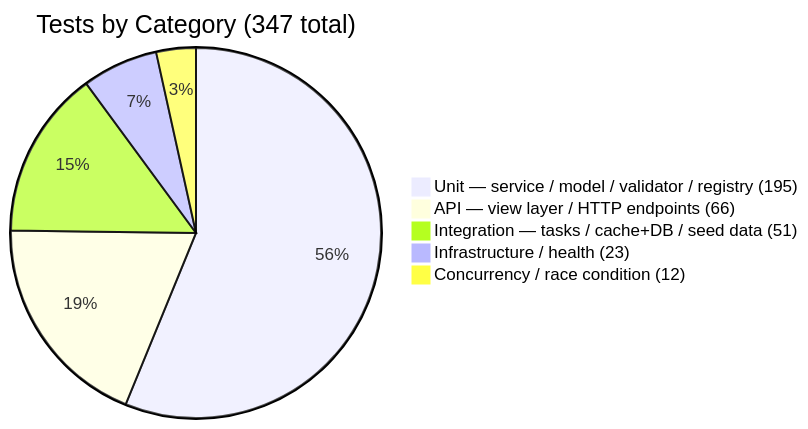
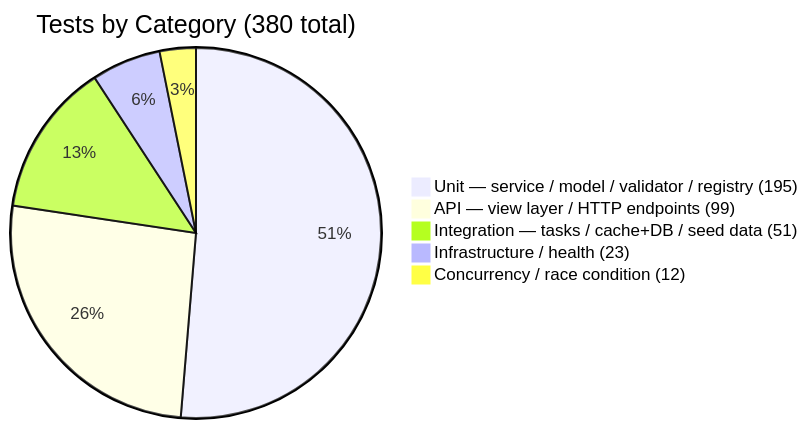
One commit to gadaou/zed-task changed the second of 3 diagrams in docs/test-quality-summary.md. Above: the diagram before and after it, drawn with Mermaid. The commit also changed other lines of this file and 4 other files, not shown here.

````diff
--- a/docs/test-quality-summary.md
+++ b/docs/test-quality-summary.md
@@ -96,8 +96,8 @@
 ```mermaid
-pie title Tests by Category (347 total)
+pie title Tests by Category (380 total)
     "Unit — service / model / validator / registry (195)" : 195
-    "API — view layer / HTTP endpoints (66)" : 66
+    "API — view layer / HTTP endpoints (99)" : 99
     "Integration — tasks / cache+DB / seed data (51)" : 51
     "Infrastructure / health (23)" : 23
     "Concurrency / race condition (12)" : 12
 ```
````
